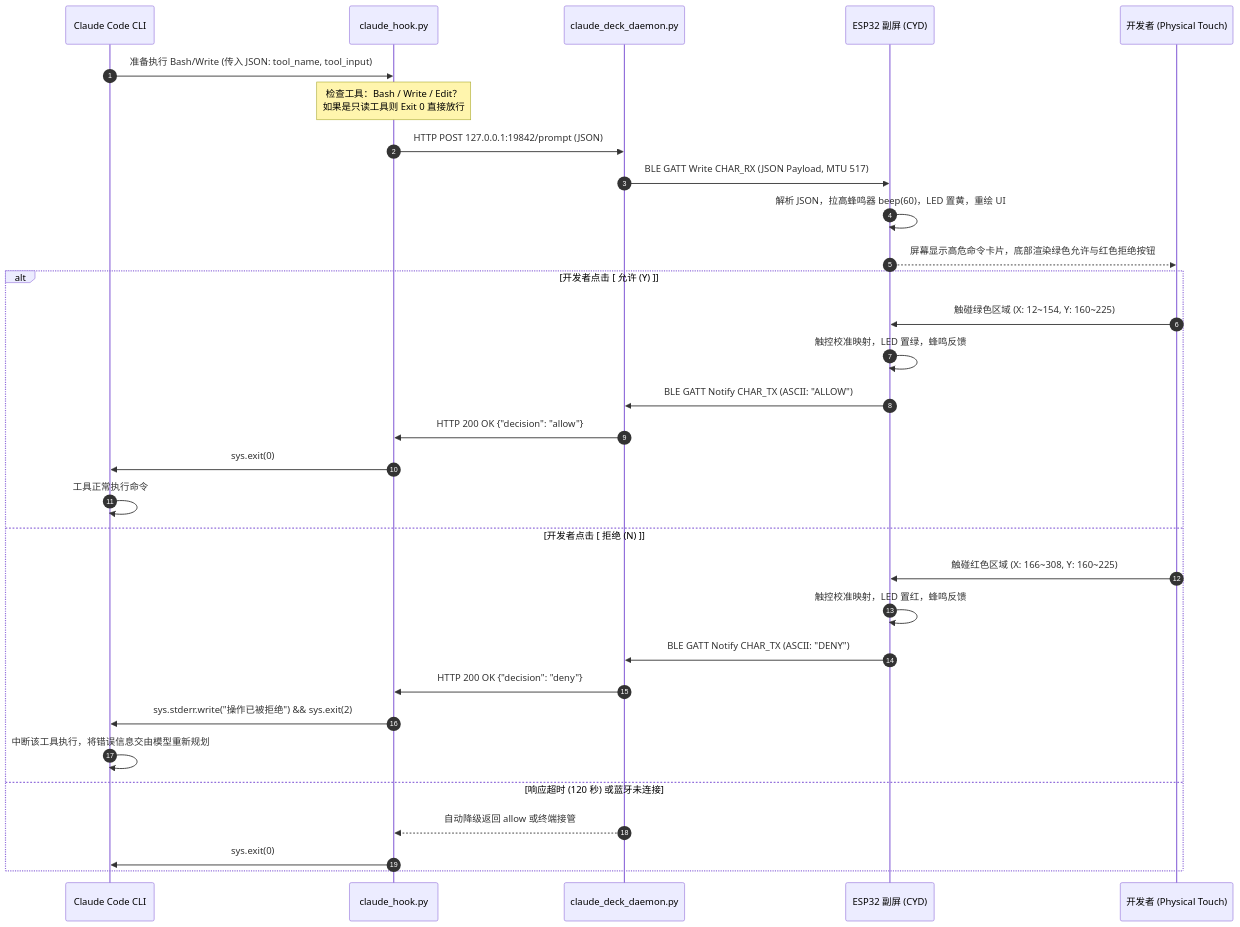
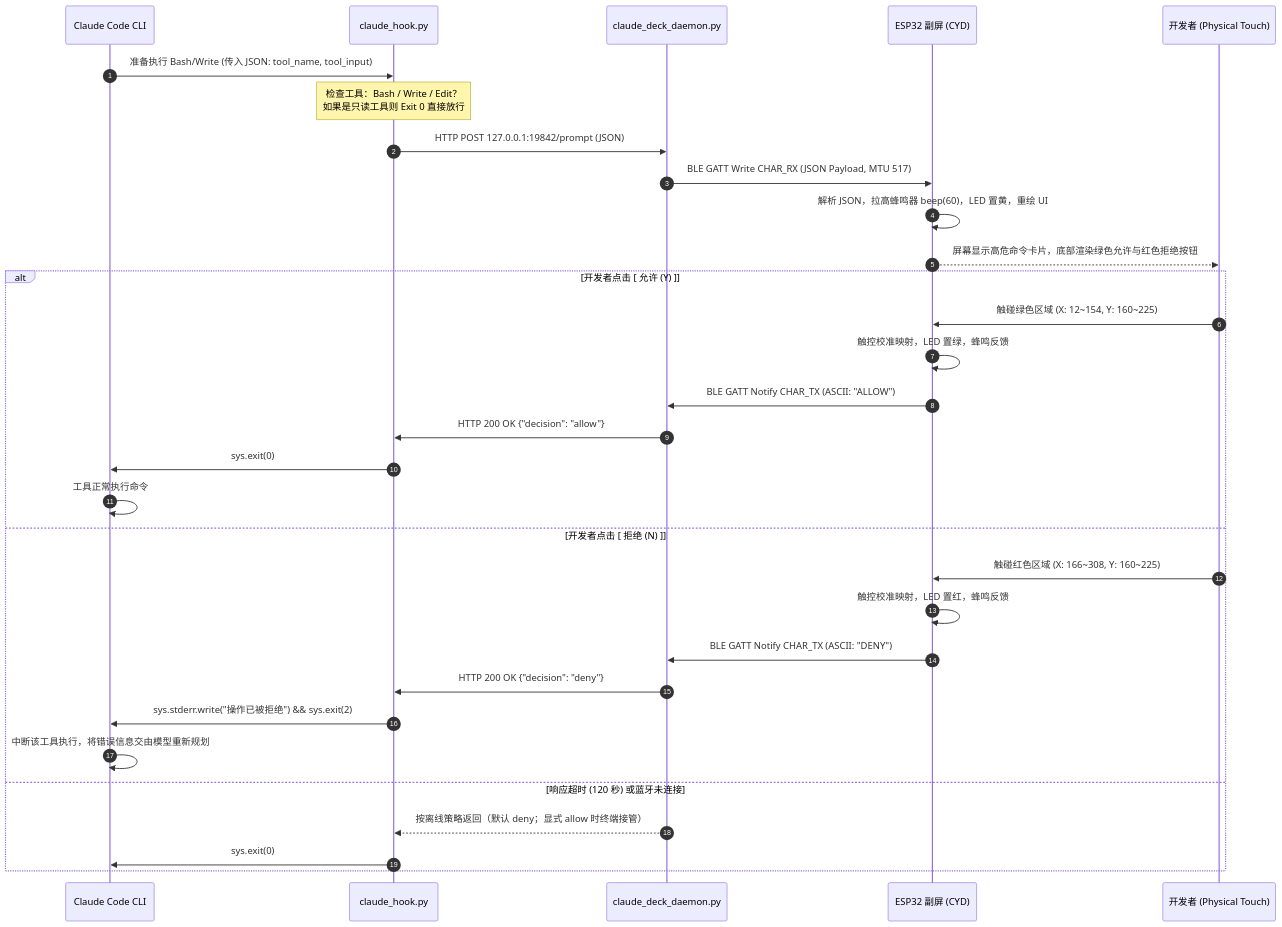
The second of 2 diagrams in docs/ARCHITECTURE.md (leilintao/claude-deck), drawn with Mermaid before and after one commit. The commit also changed other lines of this file and 5 other files, not shown here.

Commit message:
update: improve approval flow, request matching and offline policy

````diff
--- a/docs/ARCHITECTURE.md
+++ b/docs/ARCHITECTURE.md
@@ -93,35 +93,35 @@
 ```mermaid
 sequenceDiagram
     autonumber
     participant Claude as Claude Code CLI
     participant Hook as claude_hook.py
     participant Daemon as claude_deck_daemon.py
     participant ESP32 as ESP32 副屏 (CYD)
     participant User as 开发者 (Physical Touch)
 
     Claude->>Hook: 准备执行 Bash/Write (传入 JSON: tool_name, tool_input)
     Note over Hook: 检查工具：Bash / Write / Edit？<br/>如果是只读工具则 Exit 0 直接放行
     Hook->>Daemon: HTTP POST 127.0.0.1:19842/prompt (JSON)
     Daemon->>ESP32: BLE GATT Write CHAR_RX (JSON Payload, MTU 517)
     ESP32->>ESP32: 解析 JSON，拉高蜂鸣器 beep(60)，LED 置黄，重绘 UI
     ESP32-->>User: 屏幕显示高危命令卡片，底部渲染绿色允许与红色拒绝按钮
     
     alt 开发者点击 [ 允许 (Y) ]
         User->>ESP32: 触碰绿色区域 (X: 12~154, Y: 160~225)
         ESP32->>ESP32: 触控校准映射，LED 置绿，蜂鸣反馈
         ESP32->>Daemon: BLE GATT Notify CHAR_TX (ASCII: "ALLOW")
         Daemon->>Hook: HTTP 200 OK {"decision": "allow"}
         Hook->>Claude: sys.exit(0)
         Claude->>Claude: 工具正常执行命令
     else 开发者点击 [ 拒绝 (N) ]
         User->>ESP32: 触碰红色区域 (X: 166~308, Y: 160~225)
         ESP32->>ESP32: 触控校准映射，LED 置红，蜂鸣反馈
         ESP32->>Daemon: BLE GATT Notify CHAR_TX (ASCII: "DENY")
         Daemon->>Hook: HTTP 200 OK {"decision": "deny"}
         Hook->>Claude: sys.stderr.write("操作已被拒绝") && sys.exit(2)
         Claude->>Claude: 中断该工具执行，将错误信息交由模型重新规划
     else 响应超时 (120 秒) 或蓝牙未连接
-        Daemon-->>Hook: 自动降级返回 allow 或终端接管
+        Daemon-->>Hook: 按离线策略返回（默认 deny；显式 allow 时终端接管）
         Hook->>Claude: sys.exit(0)
     end
 ```
````
